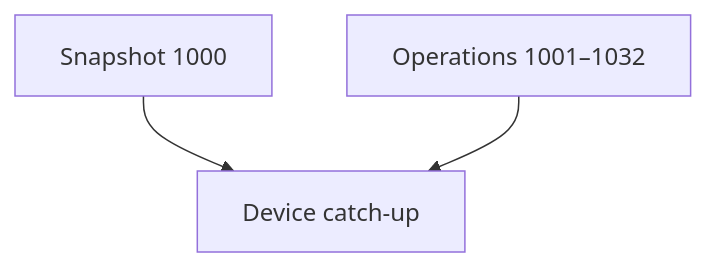
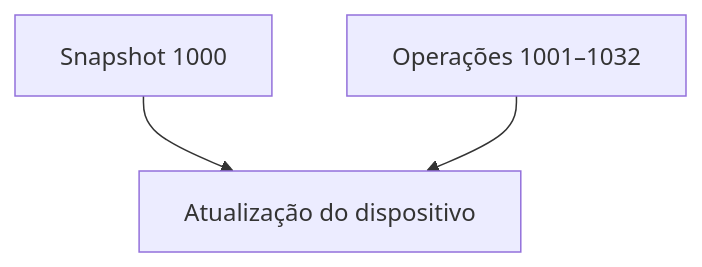
Diagram 15 of 21 in docs/architecture.md (hugobessa/vamo-virar), drawn with Mermaid before and after one commit. The commit also changed other lines of this file and 30 other files, not shown here.

````diff
--- a/docs/architecture.md
+++ b/docs/architecture.md
@@ -504,5 +504,5 @@
 ```mermaid
 flowchart TD
-    S[Snapshot 1000] --> C[Device catch-up]
-    O[Operations 1001–1032] --> C
+    S[Snapshot 1000] --> C[Atualização do dispositivo]
+    O[Operações 1001–1032] --> C
 ```
````
